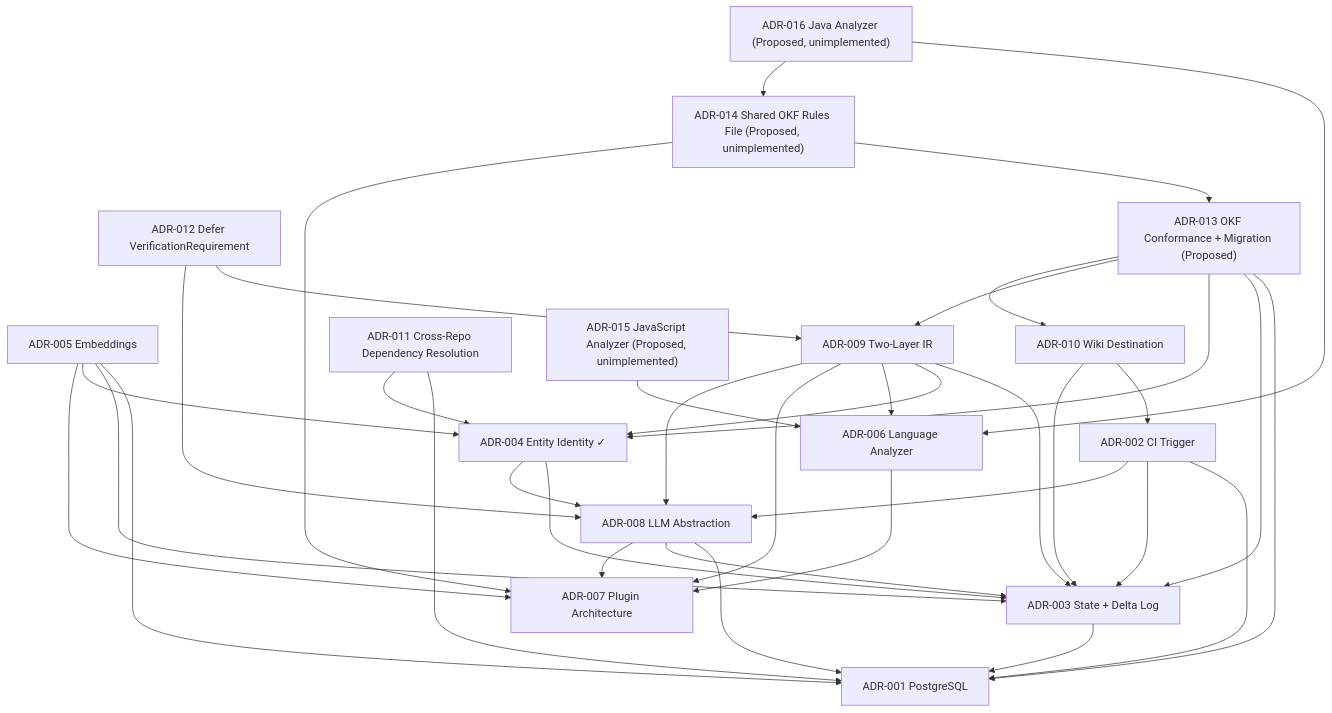
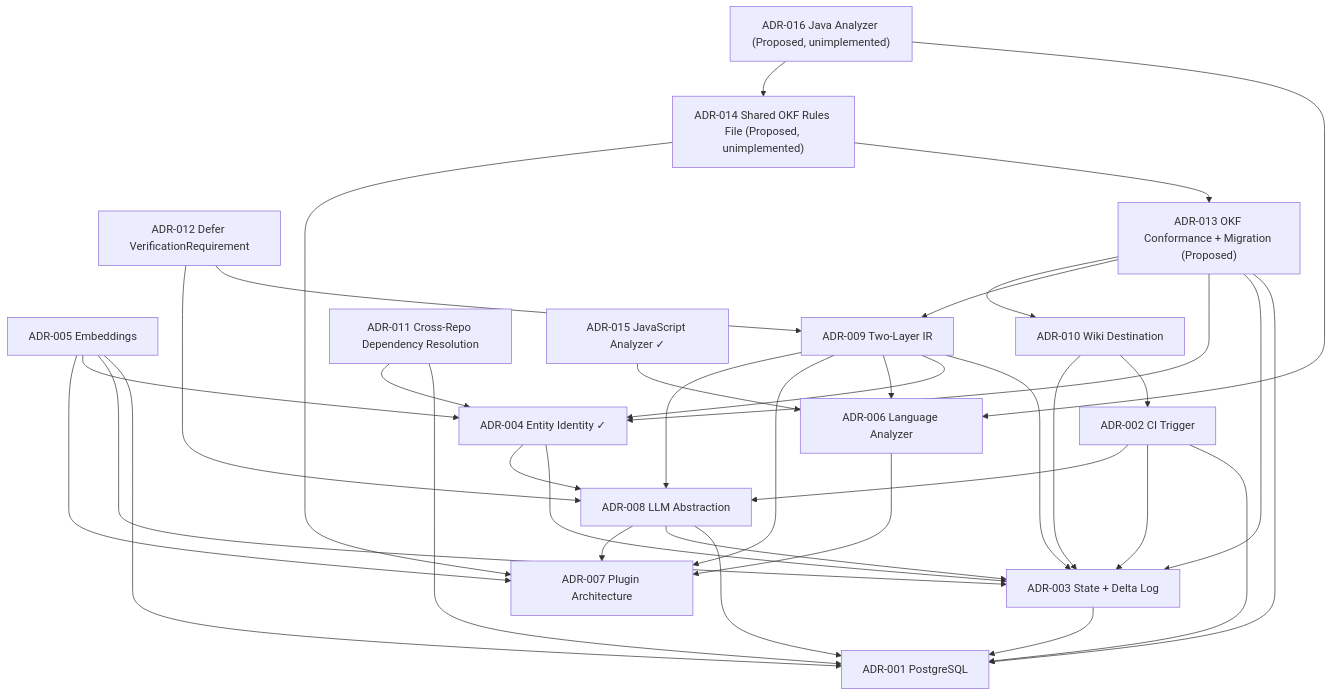
Before and after one commit to kushal-omnius/open-knowledge-compiler: the diagram in docs/decisions/index.md, drawn with Mermaid. The commit also changed other lines of this file and 7 other files, not shown here.

First line of the commit message:
Fix adversarial-review findings in JavaScript analyzer; update docs

````diff
--- a/docs/decisions/index.md
+++ b/docs/decisions/index.md
@@ -139,38 +139,38 @@
 ```mermaid
 graph TD
     ADR002["ADR-002 CI Trigger"] --> ADR001["ADR-001 PostgreSQL"]
     ADR002 --> ADR003["ADR-003 State + Delta Log"]
     ADR002 --> ADR008["ADR-008 LLM Abstraction"]
     ADR003 --> ADR001
     ADR004["ADR-004 Entity Identity ✓"] --> ADR003
     ADR004 --> ADR008
     ADR005["ADR-005 Embeddings"] --> ADR001
     ADR005 --> ADR003
     ADR005 --> ADR004
     ADR005 --> ADR007["ADR-007 Plugin Architecture"]
     ADR006["ADR-006 Language Analyzer"] --> ADR007
     ADR008 --> ADR001
     ADR008 --> ADR003
     ADR008 --> ADR007
     ADR009["ADR-009 Two-Layer IR"] --> ADR003
     ADR009 --> ADR004
     ADR009 --> ADR006
     ADR009 --> ADR007
     ADR009 --> ADR008
     ADR010["ADR-010 Wiki Destination"] --> ADR002
     ADR010 --> ADR003
     ADR011["ADR-011 Cross-Repo Dependency Resolution"] --> ADR001
     ADR011 --> ADR004
     ADR012["ADR-012 Defer VerificationRequirement"] --> ADR009
     ADR012 --> ADR008
     ADR013["ADR-013 OKF Conformance + Migration (Proposed)"] --> ADR001
     ADR013 --> ADR003
     ADR013 --> ADR004
     ADR013 --> ADR009
     ADR013 --> ADR010
     ADR014["ADR-014 Shared OKF Rules File (Proposed, unimplemented)"] --> ADR013
     ADR014 --> ADR007
-    ADR015["ADR-015 JavaScript Analyzer (Proposed, unimplemented)"] --> ADR006
+    ADR015["ADR-015 JavaScript Analyzer ✓"] --> ADR006
     ADR016["ADR-016 Java Analyzer (Proposed, unimplemented)"] --> ADR006
     ADR016 --> ADR014
 ```
````
